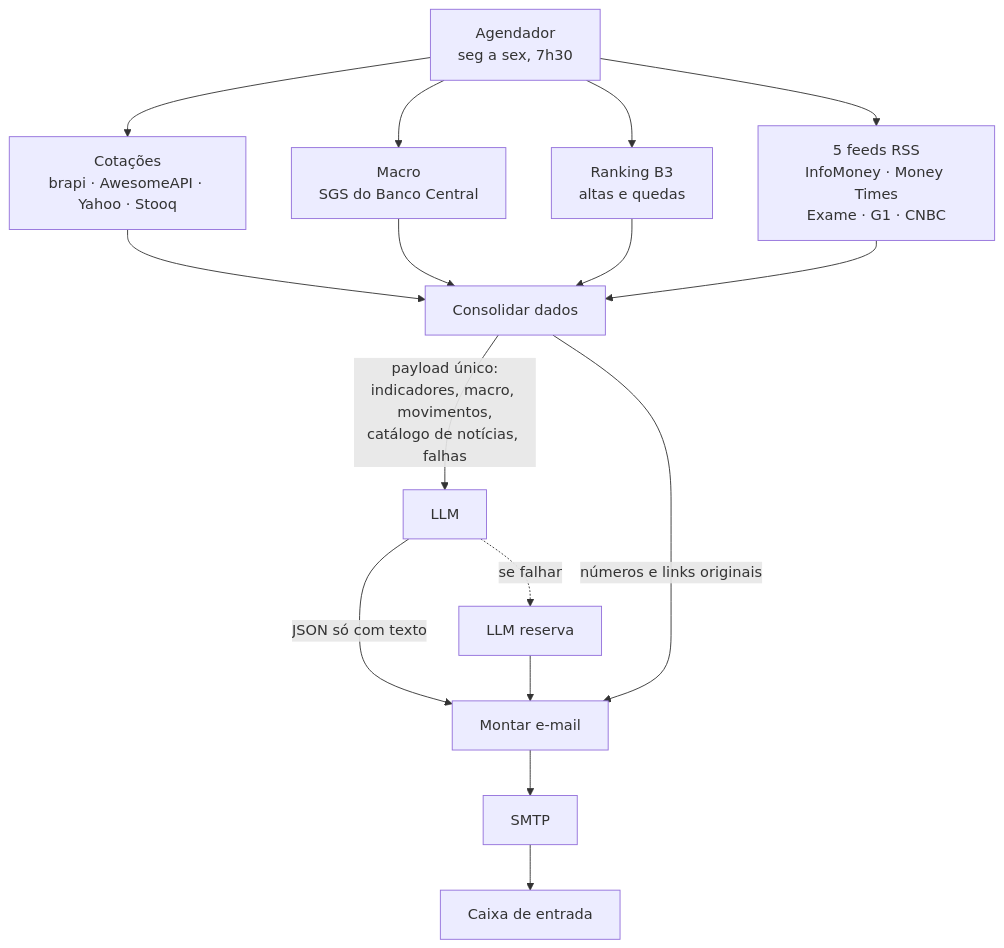
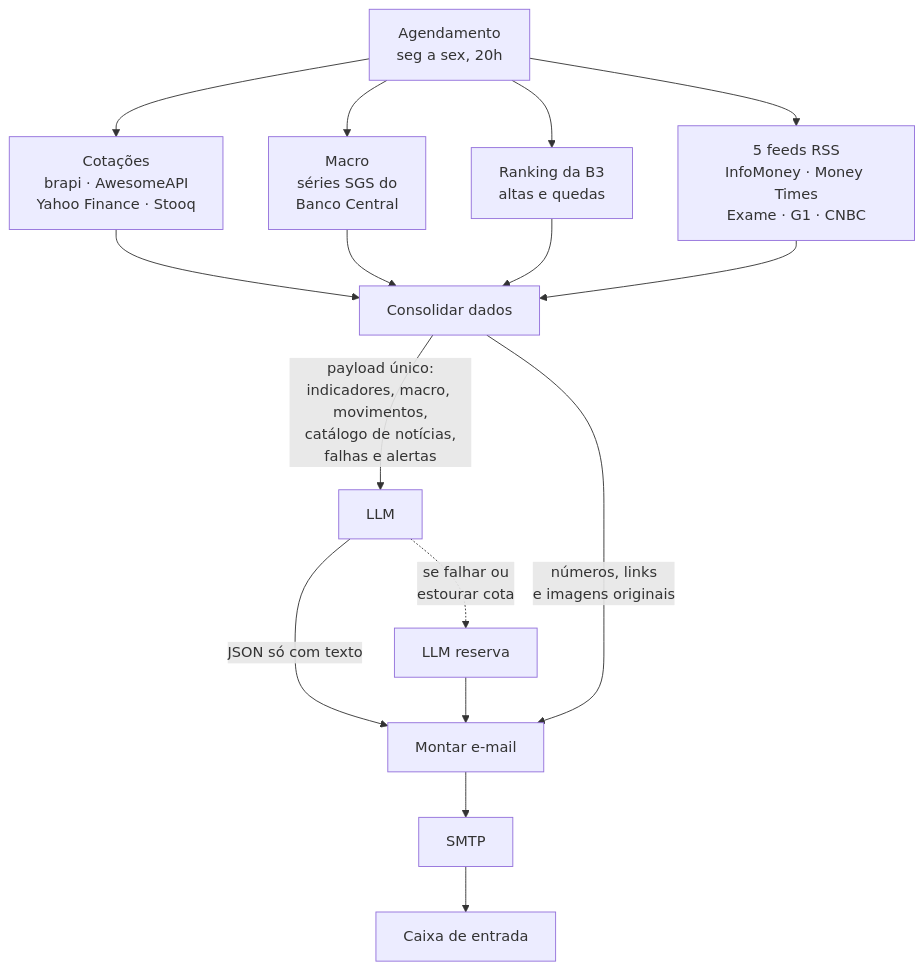
The diagram in README.md (victorborges2/Fechamento-mercado-n8n_ia), drawn with Mermaid before and after one commit. The commit also changed other lines of this file and 22 other files, not shown here.

````diff
--- a/README.md
+++ b/README.md
@@ -23,21 +182,21 @@
 ```mermaid
 flowchart TD
-    A[Agendador<br/>seg a sex, 7h30] --> B[Cotações<br/>brapi · AwesomeAPI · Yahoo · Stooq]
-    A --> C[Macro<br/>SGS do Banco Central]
-    A --> D[Ranking B3<br/>altas e quedas]
+    A[Agendamento<br/>seg a sex, 20h] --> B[Cotações<br/>brapi · AwesomeAPI<br/>Yahoo Finance · Stooq]
+    A --> C[Macro<br/>séries SGS do<br/>Banco Central]
+    A --> D[Ranking da B3<br/>altas e quedas]
     A --> E[5 feeds RSS<br/>InfoMoney · Money Times<br/>Exame · G1 · CNBC]
 
     B --> F[Consolidar dados]
     C --> F
     D --> F
     E --> F
 
-    F -->|payload único:<br/>indicadores, macro, movimentos,<br/>catálogo de notícias, falhas| G[LLM]
+    F -->|payload único:<br/>indicadores, macro, movimentos,<br/>catálogo de notícias,<br/>falhas e alertas| G[LLM]
     G -->|JSON só com texto| H[Montar e-mail]
-    F -->|números e links originais| H
+    F -->|números, links<br/>e imagens originais| H
     H --> I[SMTP]
     I --> J[Caixa de entrada]
 
-    G -.->|se falhar| K[LLM reserva]
+    G -.->|se falhar ou<br/>estourar cota| K[LLM reserva]
     K --> H
 ```
````
